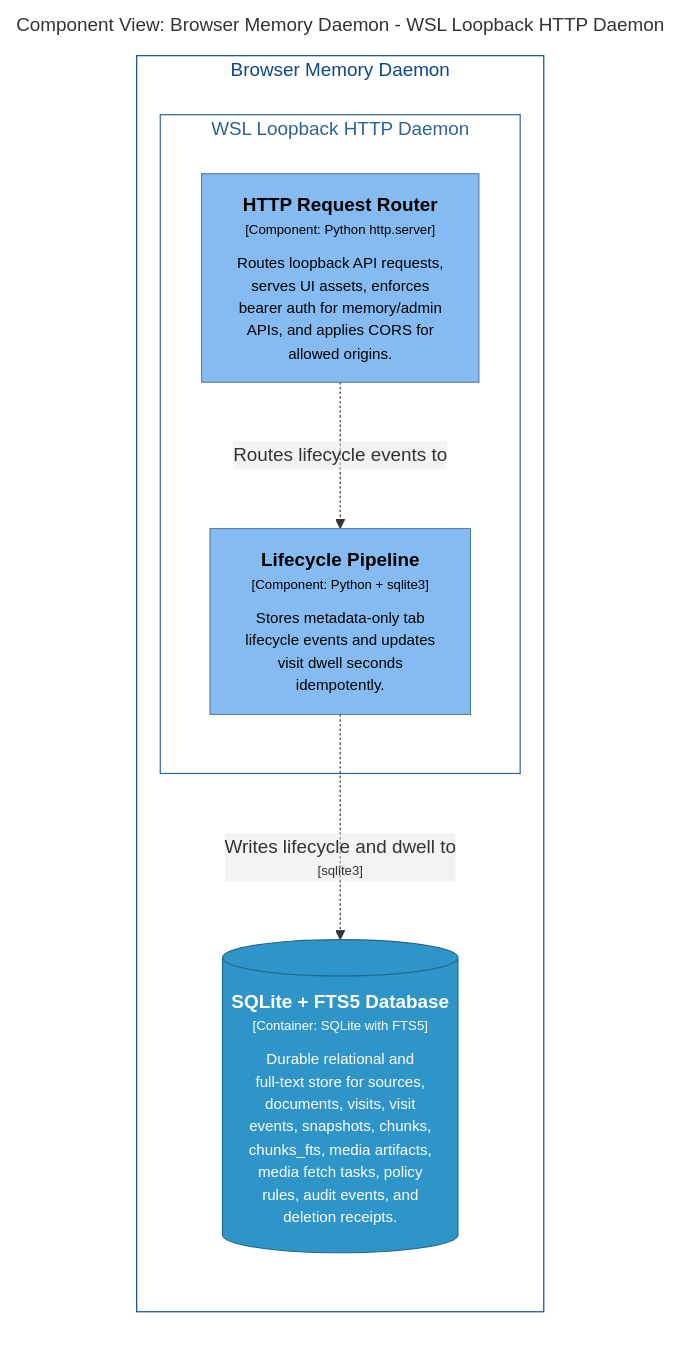
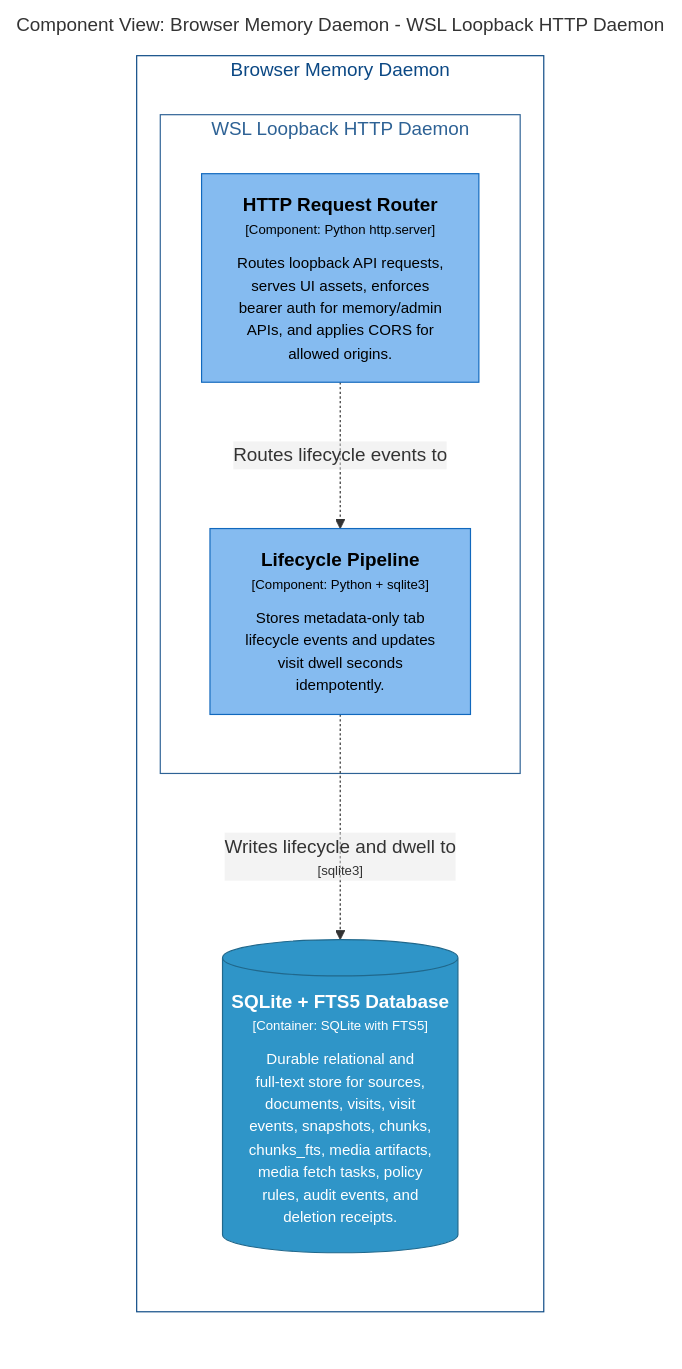
Before and after one commit to michaelnicks0/browser-memory-daemon: the diagram in docs/architecture/diagrams/markdown/DaemonLifecycleComponents.md, drawn with Mermaid. The commit also changed 110 other files, not shown here.

````diff
--- a/docs/architecture/diagrams/markdown/DaemonLifecycleComponents.md
+++ b/docs/architecture/diagrams/markdown/DaemonLifecycleComponents.md
@@ -16,28 +16,28 @@
 ```mermaid
 graph LR
   linkStyle default fill:#ffffff
 
   subgraph diagram ["Component View: Browser Memory Daemon - WSL Loopback HTTP Daemon"]
     style diagram fill:#ffffff,stroke:#ffffff
 
     subgraph 4 ["Browser Memory Daemon"]
       style 4 fill:#ffffff,stroke:#0b4884,color:#0b4884
 
       subgraph 14 ["WSL Loopback HTTP Daemon"]
         style 14 fill:#ffffff,stroke:#2e6295,color:#2e6295
 
         15["<div style='font-weight: bold'>HTTP Request Router</div><div style='font-size: 70%; margin-top: 0px'>[Component: Python http.server]</div><div style='font-size: 80%; margin-top:10px'>Routes loopback API requests,<br />serves UI assets, enforces<br />bearer auth for memory/admin<br />APIs, and applies CORS for<br />allowed origins.</div>"]
-        style 15 fill:#85bbf0,stroke:#5d82a8,color:#000000
+        style 15 fill:#85bbf0,stroke:#1168bd,color:#000000
         19["<div style='font-weight: bold'>Lifecycle Pipeline</div><div style='font-size: 70%; margin-top: 0px'>[Component: Python + sqlite3]</div><div style='font-size: 80%; margin-top:10px'>Stores metadata-only tab<br />lifecycle events and updates<br />visit dwell seconds<br />idempotently.</div>"]
-        style 19 fill:#85bbf0,stroke:#5d82a8,color:#000000
+        style 19 fill:#85bbf0,stroke:#1168bd,color:#000000
       end
 
       27[("<div style='font-weight: bold'>SQLite + FTS5 Database</div><div style='font-size: 70%; margin-top: 0px'>[Container: SQLite with FTS5]</div><div style='font-size: 80%; margin-top:10px'>Durable relational and<br />full-text store for sources,<br />documents, visits, visit<br />events, snapshots, chunks,<br />chunks_fts, media artifacts,<br />media fetch tasks, policy<br />rules, audit events, and<br />deletion receipts.</div>")]
       style 27 fill:#2f95c8,stroke:#20688c,color:#ffffff
     end
 
     15-. "<div>Routes lifecycle events to</div><div style='font-size: 70%'></div>" .->19
     19-. "<div>Writes lifecycle and dwell to</div><div style='font-size: 70%'>[sqlite3]</div>" .->27
 
   end
 ```
````
